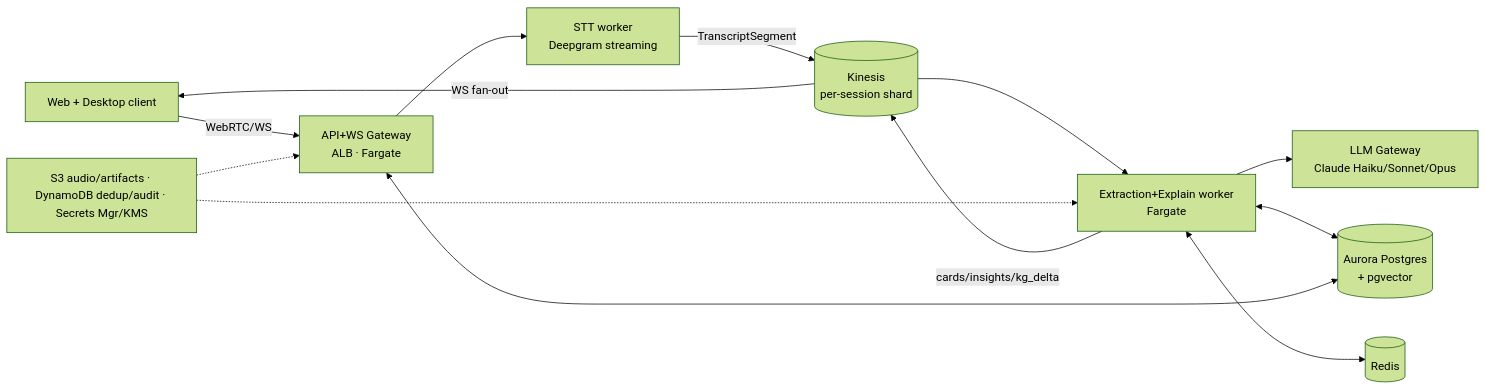
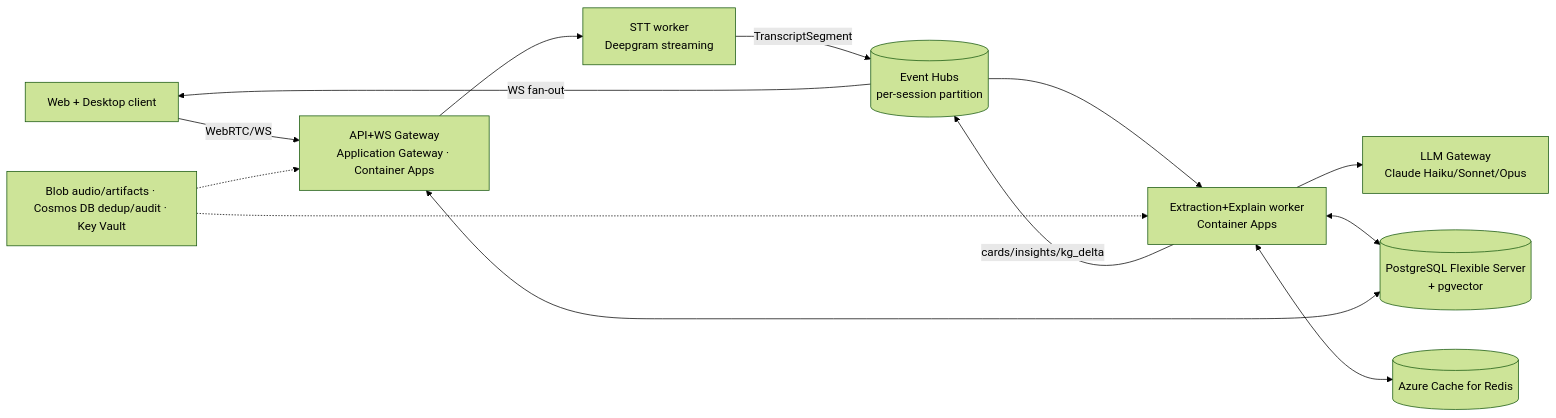
The diagram in docs/architecture/00-integration/03-mvp-architecture.md (Teelko42/ConversationAgent), drawn with Mermaid (forest theme) before and after one commit. The commit also changed other lines of this file and 67 other files, not shown here.

````diff
--- a/docs/architecture/00-integration/03-mvp-architecture.md
+++ b/docs/architecture/00-integration/03-mvp-architecture.md
@@ -24,14 +24,14 @@
 ```mermaid
 flowchart LR
-  C[Web + Desktop client] -->|WebRTC/WS| GW[API+WS Gateway<br/>ALB · Fargate]
+  C[Web + Desktop client] -->|WebRTC/WS| GW[API+WS Gateway<br/>Application Gateway · Container Apps]
   GW --> STT[STT worker<br/>Deepgram streaming]
-  STT -->|TranscriptSegment| K[(Kinesis<br/>per-session shard)]
-  K --> EX[Extraction+Explain worker<br/>Fargate]
+  STT -->|TranscriptSegment| K[(Event Hubs<br/>per-session partition)]
+  K --> EX[Extraction+Explain worker<br/>Container Apps]
   EX --> LLMGW[LLM Gateway<br/>Claude Haiku/Sonnet/Opus]
   EX -->|cards/insights/kg_delta| K
   K -->|WS fan-out| C
-  EX <--> PG[(Aurora Postgres<br/>+ pgvector)]
-  EX <--> R[(Redis)]
+  EX <--> PG[(PostgreSQL Flexible Server<br/>+ pgvector)]
+  EX <--> R[(Azure Cache for Redis)]
   GW <--> PG
-  ALL[S3 audio/artifacts · DynamoDB dedup/audit · Secrets Mgr/KMS] -.-> GW & EX
+  ALL[Blob audio/artifacts · Cosmos DB dedup/audit · Key Vault] -.-> GW & EX
 ```
````
